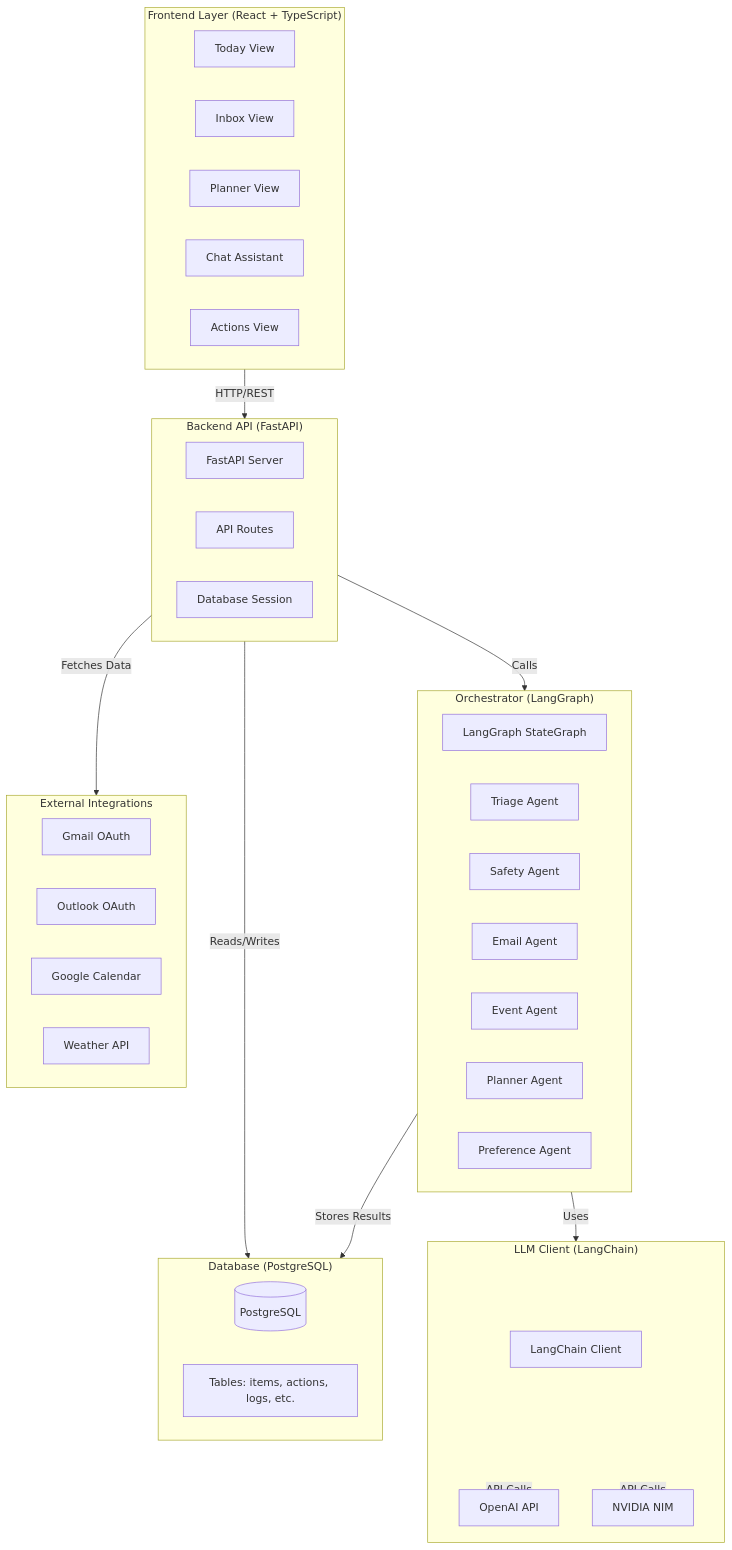
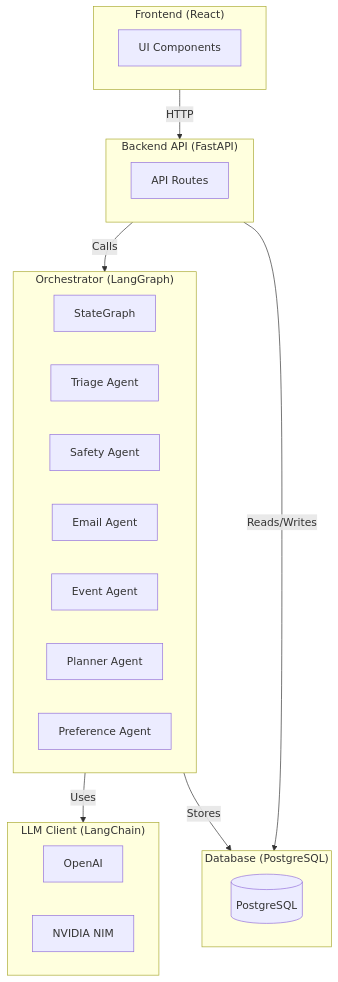
The first of 2 diagrams in README.md (oneKn8/Mini-os), drawn with Mermaid before and after one commit. The commit also changed other lines of this file, not shown here.

````diff
--- a/README.md
+++ b/README.md
@@ -213,53 +64,35 @@
 ```mermaid
 graph TB
-    subgraph Frontend["Frontend Layer (React + TypeScript)"]
-        Today[Today View]
-        Inbox[Inbox View]
-        Planner[Planner View]
-        Chat[Chat Assistant]
-        Actions[Actions View]
+    subgraph Frontend["Frontend (React)"]
+        UI[UI Components]
     end
 
     subgraph Backend["Backend API (FastAPI)"]
-        API[FastAPI Server]
-        Routes[API Routes]
-        DB_Session[Database Session]
+        API[API Routes]
     end
 
     subgraph Orchestrator["Orchestrator (LangGraph)"]
-        LG[LangGraph StateGraph]
+        LG[StateGraph]
         Triage[Triage Agent]
         Safety[Safety Agent]
         Email[Email Agent]
         Event[Event Agent]
-        Planner_Agent[Planner Agent]
+        Planner[Planner Agent]
         Preference[Preference Agent]
     end
 
     subgraph LLM["LLM Client (LangChain)"]
-        LC[LangChain Client]
-        OpenAI[OpenAI API]
+        OpenAI[OpenAI]
         NVIDIA[NVIDIA NIM]
     end
 
     subgraph Database["Database (PostgreSQL)"]
         PG[(PostgreSQL)]
-        Tables[Tables: items, actions, logs, etc.]
     end
 
-    subgraph Integrations["External Integrations"]
-        Gmail[Gmail OAuth]
-        Outlook[Outlook OAuth]
-        Calendar[Google Calendar]
-        Weather[Weather API]
-    end
-
-    Frontend -->|HTTP/REST| Backend
+    Frontend -->|HTTP| Backend
     Backend -->|Calls| Orchestrator
     Orchestrator -->|Uses| LLM
     Backend -->|Reads/Writes| Database
-    Backend -->|Fetches Data| Integrations
-    Orchestrator -->|Stores Results| Database
-    LLM -->|API Calls| OpenAI
-    LLM -->|API Calls| NVIDIA
+    Orchestrator -->|Stores| Database
 ```
````
